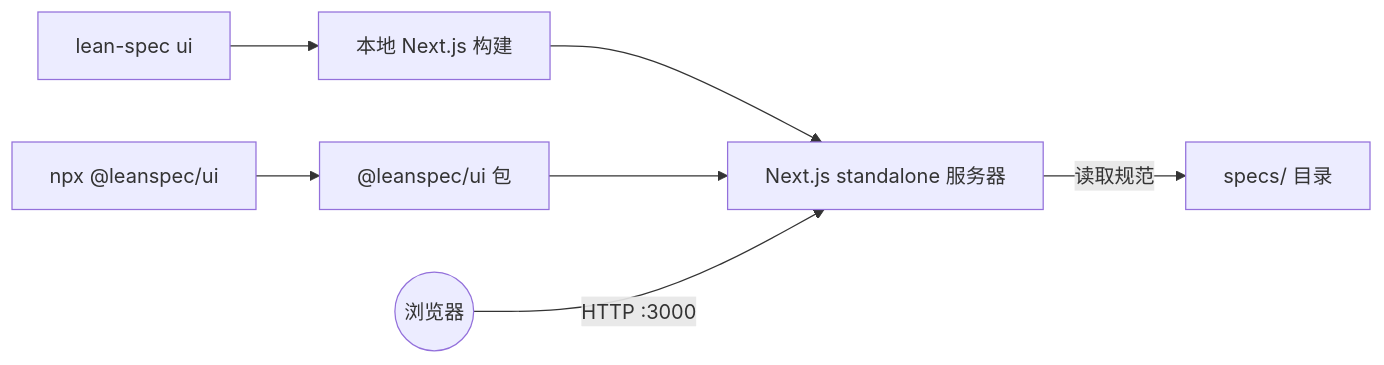
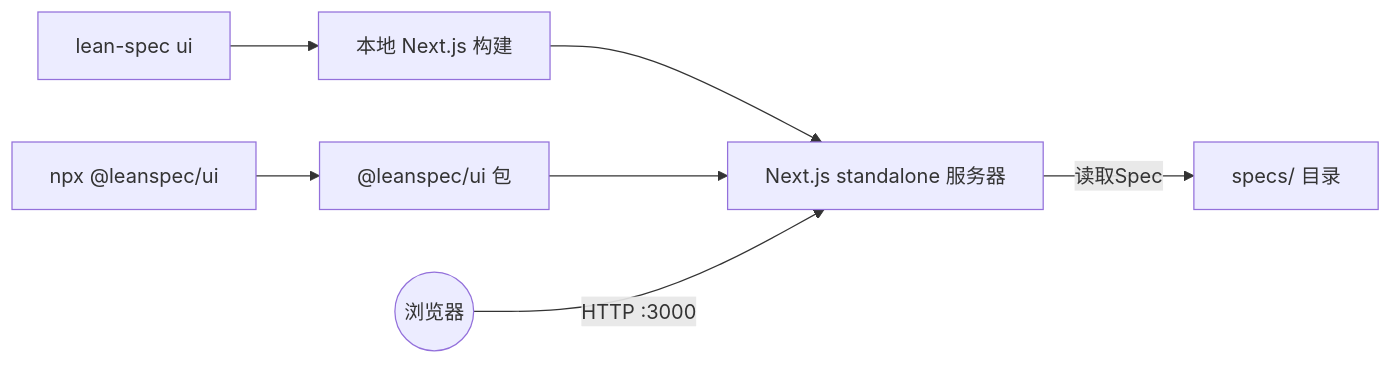
Before and after one commit to codervisor/lean-spec-docs: the first of 3 diagrams in i18n/zh-Hans/docusaurus-plugin-content-docs/current/guide/visual-mode.mdx, drawn with Mermaid. The commit also changed other lines of this file and 42 other files, not shown here.

````diff
--- a/i18n/zh-Hans/docusaurus-plugin-content-docs/current/guide/visual-mode.mdx
+++ b/i18n/zh-Hans/docusaurus-plugin-content-docs/current/guide/visual-mode.mdx
@@ -156,9 +156,9 @@
 ```mermaid
 flowchart LR
     CLI[lean-spec ui] --> Local[本地 Next.js 构建]
     External[npx @leanspec/ui] --> Package["@leanspec/ui 包"]
     Local --> Server[Next.js standalone 服务器]
     Package --> Server
-    Server -->|读取规范| FS[specs/ 目录]
+    Server -->|读取Spec| FS[specs/ 目录]
     Browser((浏览器)) -->|HTTP :3000| Server
 ```
````
